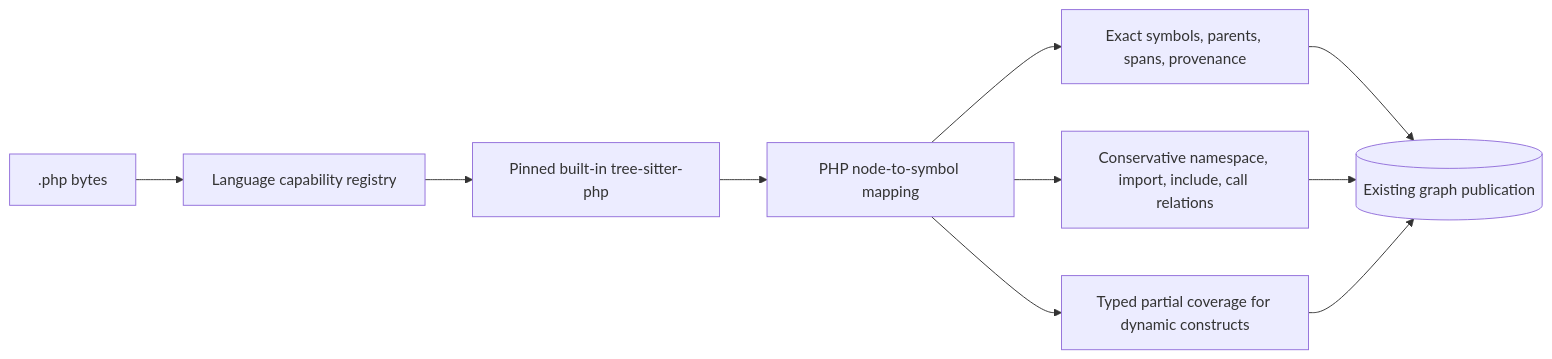
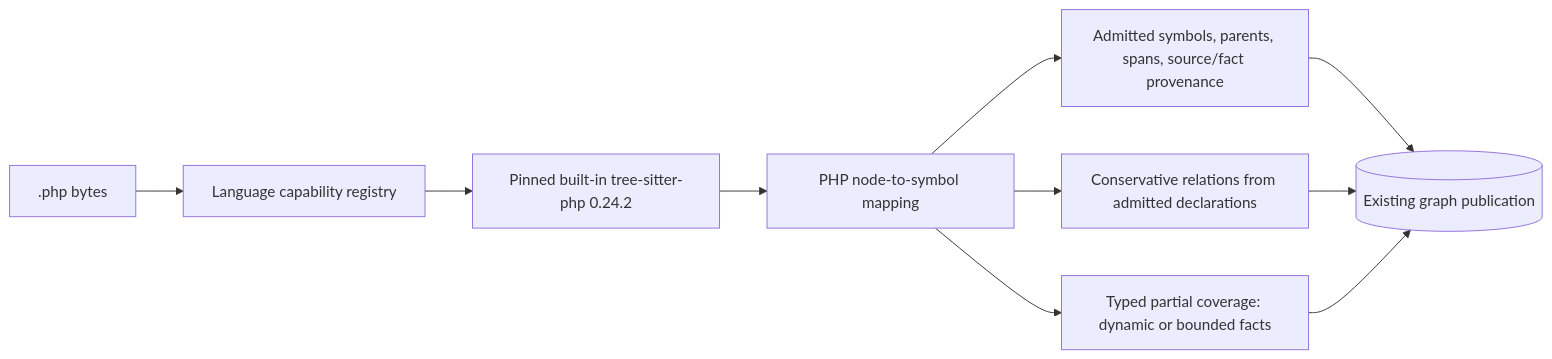
One commit to styler-ai/ProjectAtlas changed diagram 14 of 28 in docs/v050-release-architecture.md. Above: the diagram before and after it, drawn with Mermaid. The commit also changed other lines of this file and 17 other files, not shown here.

First line of the commit message:
feat(symbols): add built-in PHP navigation (#520)

````diff
--- a/docs/v050-release-architecture.md
+++ b/docs/v050-release-architecture.md
@@ -241,12 +253,12 @@
 ```mermaid
 flowchart LR
     php[.php bytes] --> registry[Language capability registry]
-    registry --> grammar[Pinned built-in tree-sitter-php]
+    registry --> grammar[Pinned built-in tree-sitter-php 0.24.2]
     grammar --> mapping[PHP node-to-symbol mapping]
-    mapping --> exact[Exact symbols, parents, spans, provenance]
-    mapping --> relations[Conservative namespace, import, include, call relations]
-    mapping --> dynamic[Typed partial coverage for dynamic constructs]
+    mapping --> exact[Admitted symbols, parents, spans, source/fact provenance]
+    mapping --> relations[Conservative relations from admitted declarations]
+    mapping --> dynamic[Typed partial coverage: dynamic or bounded facts]
     exact --> published_graph[(Existing graph publication)]
     relations --> published_graph
     dynamic --> published_graph
 ```
````
